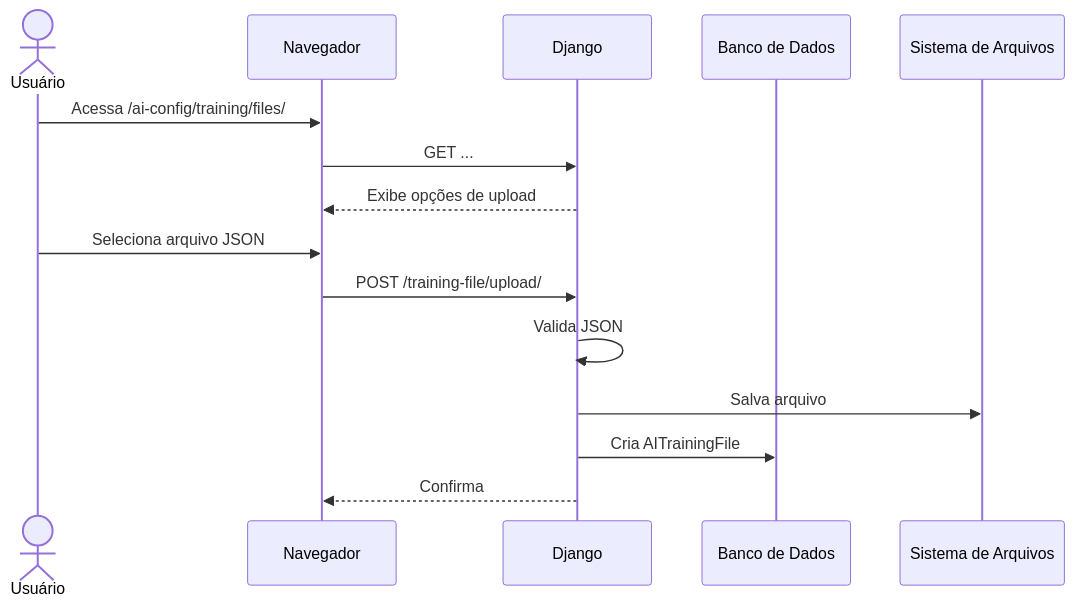
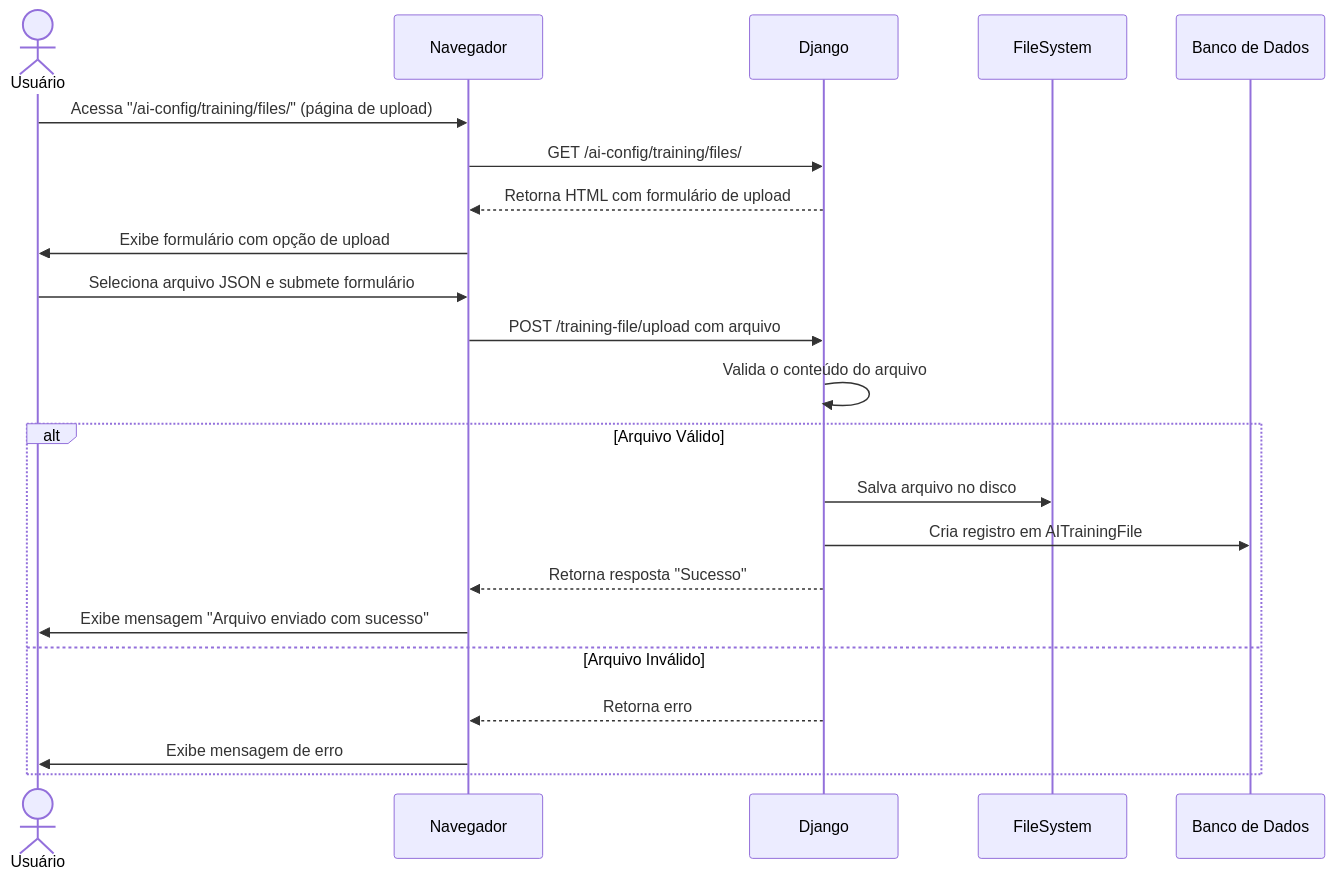
Diagram 11 of 26 in README.md (diegogrosmann/EnsinaNet.AI), drawn with Mermaid before and after one commit. The commit also changed other lines of this file and 117 other files, not shown here.

Commit message:
Adiciona novo aplicativo 'client_version' com modelos, URLs e configurações; remove arquivos de teste e atualiza configurações do projeto.

````diff
--- a/README.md
+++ b/README.md
@@ -777,19 +821,25 @@
 ```mermaid
 sequenceDiagram
     actor U as Usuário
     participant N as Navegador
     participant D as Django
+    participant FS as FileSystem
     participant DB as Banco de Dados
-    participant FS as Sistema de Arquivos
 
-    U->>N: Acessa /ai-config/training/files/
-    N->>D: GET ...
-    D-->>N: Exibe opções de upload
-
-    U->>N: Seleciona arquivo JSON
-    N->>D: POST /training-file/upload/
-    D->>D: Valida JSON
-    D->>FS: Salva arquivo
-    D->>DB: Cria AITrainingFile
-    D-->>N: Confirma
+    U->>N: Acessa "/ai-config/training/files/" (página de upload)
+    N->>D: GET /ai-config/training/files/
+    D-->>N: Retorna HTML com formulário de upload
+    N->>U: Exibe formulário com opção de upload
+    U->>N: Seleciona arquivo JSON e submete formulário
+    N->>D: POST /training-file/upload com arquivo
+    D->>D: Valida o conteúdo do arquivo
+    alt Arquivo Válido
+        D->>FS: Salva arquivo no disco
+        D->>DB: Cria registro em AITrainingFile
+        D-->>N: Retorna resposta "Sucesso"
+        N->>U: Exibe mensagem "Arquivo enviado com sucesso"
+    else Arquivo Inválido
+        D-->>N: Retorna erro
+        N->>U: Exibe mensagem de erro
+    end
 ```
````
